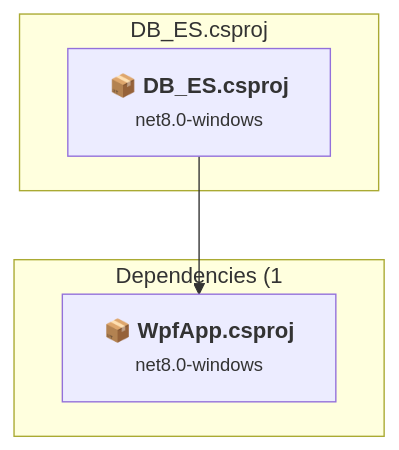
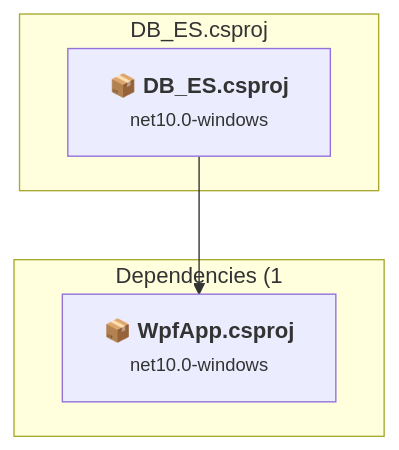
Before and after one commit to wm87/employee-management: the second of 3 diagrams in .github/upgrades/scenarios/dotnet-version-upgrade/assessment.md, drawn with Mermaid. The commit also changed other lines of this file and 12 other files, not shown here.

````diff
--- a/.github/upgrades/scenarios/dotnet-version-upgrade/assessment.md
+++ b/.github/upgrades/scenarios/dotnet-version-upgrade/assessment.md
@@ -176,13 +189,13 @@
 ```mermaid
 flowchart TB
     subgraph current["DB_ES.csproj"]
-        MAIN["<b>📦&nbsp;DB_ES.csproj</b><br/><small>net8.0-windows</small>"]
+        MAIN["<b>📦&nbsp;DB_ES.csproj</b><br/><small>net10.0-windows</small>"]
         click MAIN "#db_esdb_escsproj"
     end
     subgraph downstream["Dependencies (1"]
-        P1["<b>📦&nbsp;WpfApp.csproj</b><br/><small>net8.0-windows</small>"]
+        P1["<b>📦&nbsp;WpfApp.csproj</b><br/><small>net10.0-windows</small>"]
         click P1 "#wpfappwpfappcsproj"
     end
     MAIN --> P1
 
 ```
````
